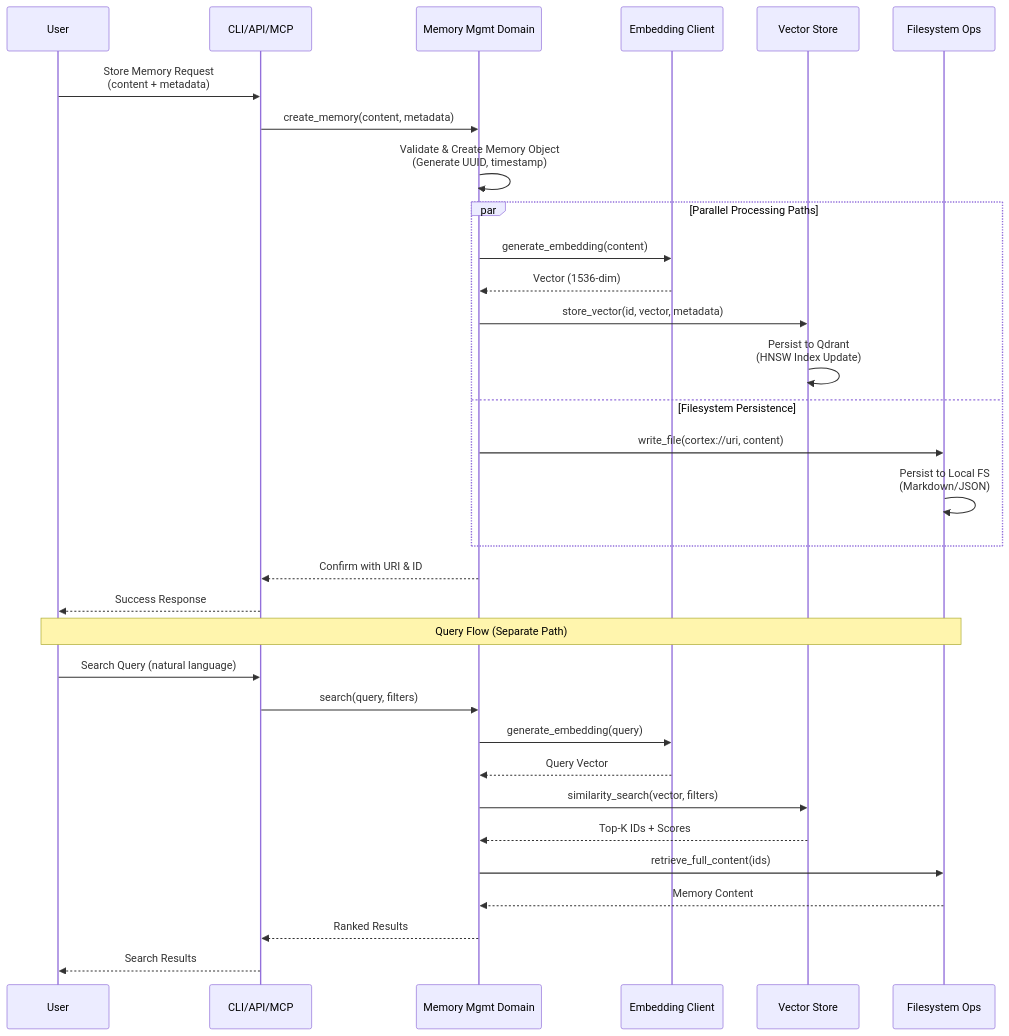
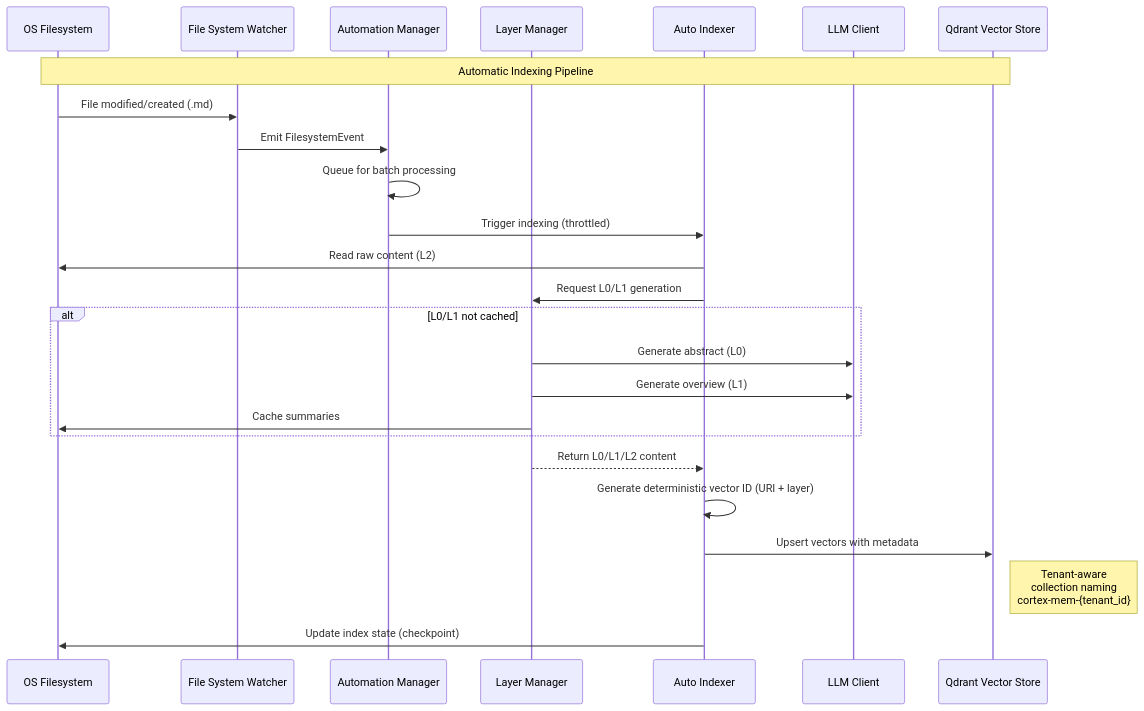
The tenth of 14 diagrams in litho.docs/en/2.Architecture.md (sopaco/cortex-mem), drawn with Mermaid before and after one commit. The commit also changed other lines of this file and 45 other files, not shown here.

````diff
--- a/litho.docs/en/2.Architecture.md
+++ b/litho.docs/en/2.Architecture.md
@@ -536,38 +538,33 @@
 ```mermaid
 sequenceDiagram
-    participant User
-    participant CLI as CLI/API/MCP
-    participant MM as Memory Mgmt Domain
-    participant EC as Embedding Client
-    participant VS as Vector Store
-    participant FS as Filesystem Ops
+    participant FS as OS Filesystem
+    participant Watcher as File System Watcher
+    participant AutoMgr as Automation Manager
+    participant LayerMgr as Layer Manager
+    participant Indexer as Auto Indexer
+    participant LLM as LLM Client
+    participant Vector as Qdrant Vector Store
     
-    User->>CLI: Store Memory Request<br/>(content + metadata)
-    CLI->>MM: create_memory(content, metadata)
-    MM->>MM: Validate & Create Memory Object<br/>(Generate UUID, timestamp)
+    Note over FS,Vector: Automatic Indexing Pipeline
     
-    par Parallel Processing Paths
-        MM->>EC: generate_embedding(content)
-        EC-->>MM: Vector (1536-dim)
-        MM->>VS: store_vector(id, vector, metadata)
-        VS->>VS: Persist to Qdrant<br/>(HNSW Index Update)
-    and Filesystem Persistence
-        MM->>FS: write_file(cortex://uri, content)
-        FS->>FS: Persist to Local FS<br/>(Markdown/JSON)
+    FS->>Watcher: File modified/created (.md)
+    Watcher->>AutoMgr: Emit FilesystemEvent
+    AutoMgr->>AutoMgr: Queue for batch processing
+    AutoMgr->>Indexer: Trigger indexing (throttled)
+    
+    Indexer->>FS: Read raw content (L2)
+    Indexer->>LayerMgr: Request L0/L1 generation
+    
+    alt L0/L1 not cached
+        LayerMgr->>LLM: Generate abstract (L0)
+        LayerMgr->>LLM: Generate overview (L1)
+        LayerMgr->>FS: Cache summaries
     end
     
-    MM-->>CLI: Confirm with URI & ID
-    CLI-->>User: Success Response
+    LayerMgr-->>Indexer: Return L0/L1/L2 content
+    Indexer->>Indexer: Generate deterministic vector ID (URI + layer)
+    Indexer->>Vector: Upsert vectors with metadata
+    Note right of Vector: Tenant-aware<br/>collection naming<br/>cortex-mem-{tenant_id}
     
-    Note over User,FS: Query Flow (Separate Path)
-    User->>CLI: Search Query (natural language)
-    CLI->>MM: search(query, filters)
-    MM->>EC: generate_embedding(query)
-    EC-->>MM: Query Vector
-    MM->>VS: similarity_search(vector, filters)
-    VS-->>MM: Top-K IDs + Scores
-    MM->>FS: retrieve_full_content(ids)
-    FS-->>MM: Memory Content
-    MM-->>CLI: Ranked Results
-    CLI-->>User: Search Results
+    Indexer->>FS: Update index state (checkpoint)
 ```
````
